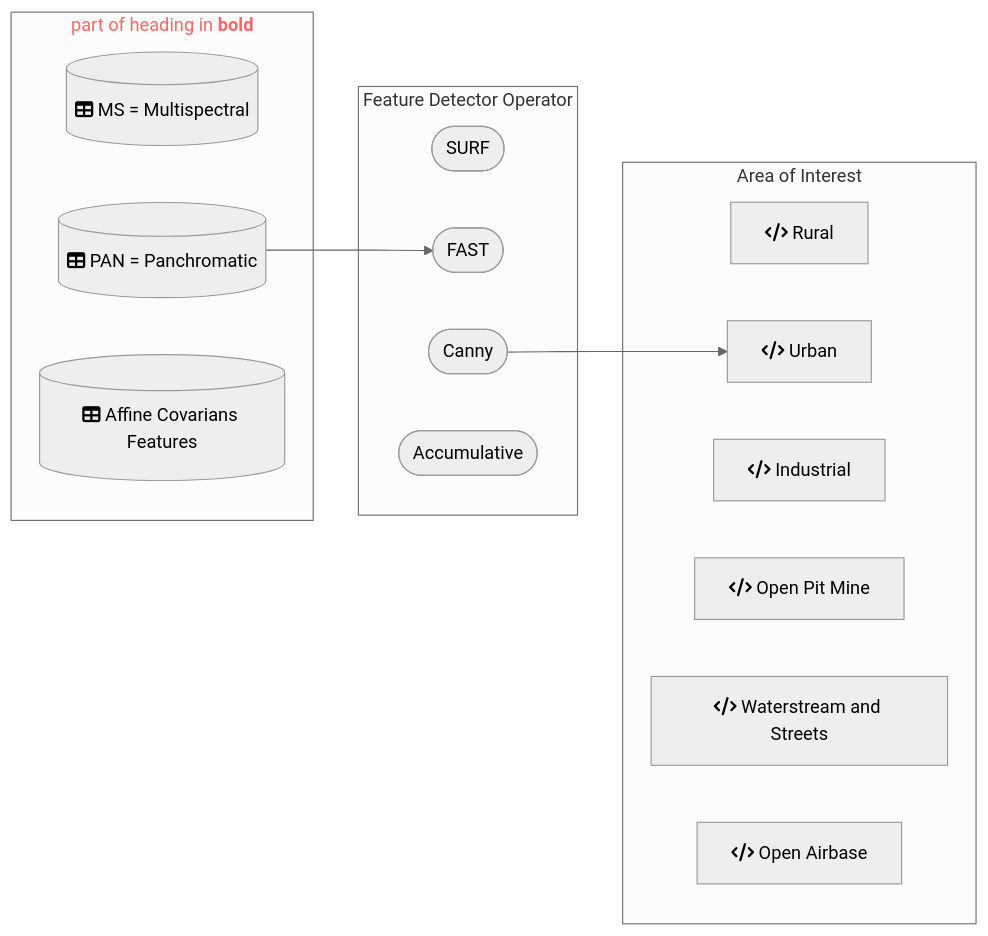
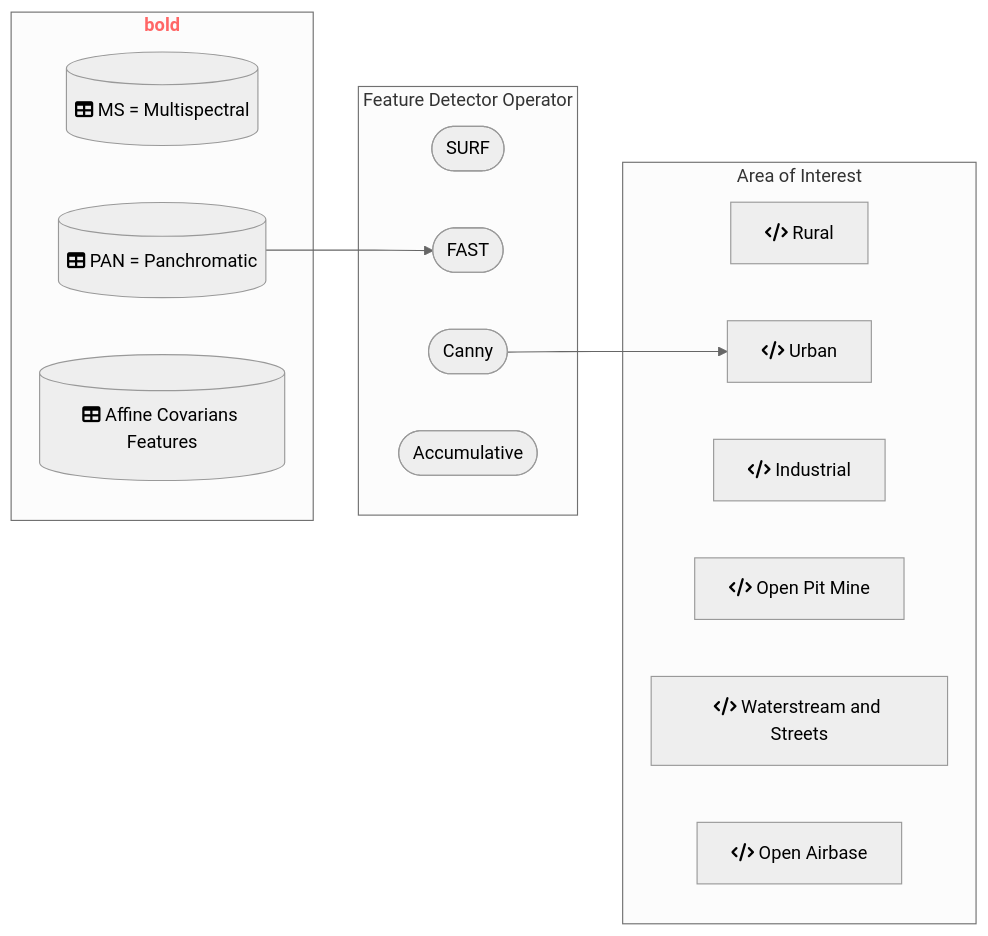
Before and after one commit to DippoldEJ/Feature-Detection-and-Explanation: the diagram in Application/README.md, drawn with Mermaid (neutral theme).

````diff
--- a/Application/README.md
+++ b/Application/README.md
@@ -13,31 +13,31 @@
 ```mermaid
 flowchart LR;
 
- subgraph n["`part of heading in **bold**`"]
+ subgraph n["`**bold**`"]
         g[(fa:fa-table MS = Multispectral)]
         h[(fa:fa-table PAN = Panchromatic)]
         i[(fa:fa-table Affine Covarians Features)]
     end
 
  subgraph o[Feature Detector Operator]
         j([SURF])
         k([FAST])
         l([Canny])
         m([Accumulative])
     end
 
 subgraph p[Area of Interest]
     a[fa:fa-code Rural]
     b[fa:fa-code Urban]
     c[fa:fa-code Industrial]
     d[fa:fa-code Open Pit Mine]
     e[fa:fa-code Waterstream and Streets]
     f[fa:fa-code Open Airbase]
     end
 
 style n color:#f66
 
 h-->k
 l-->b
 
 ```
````
